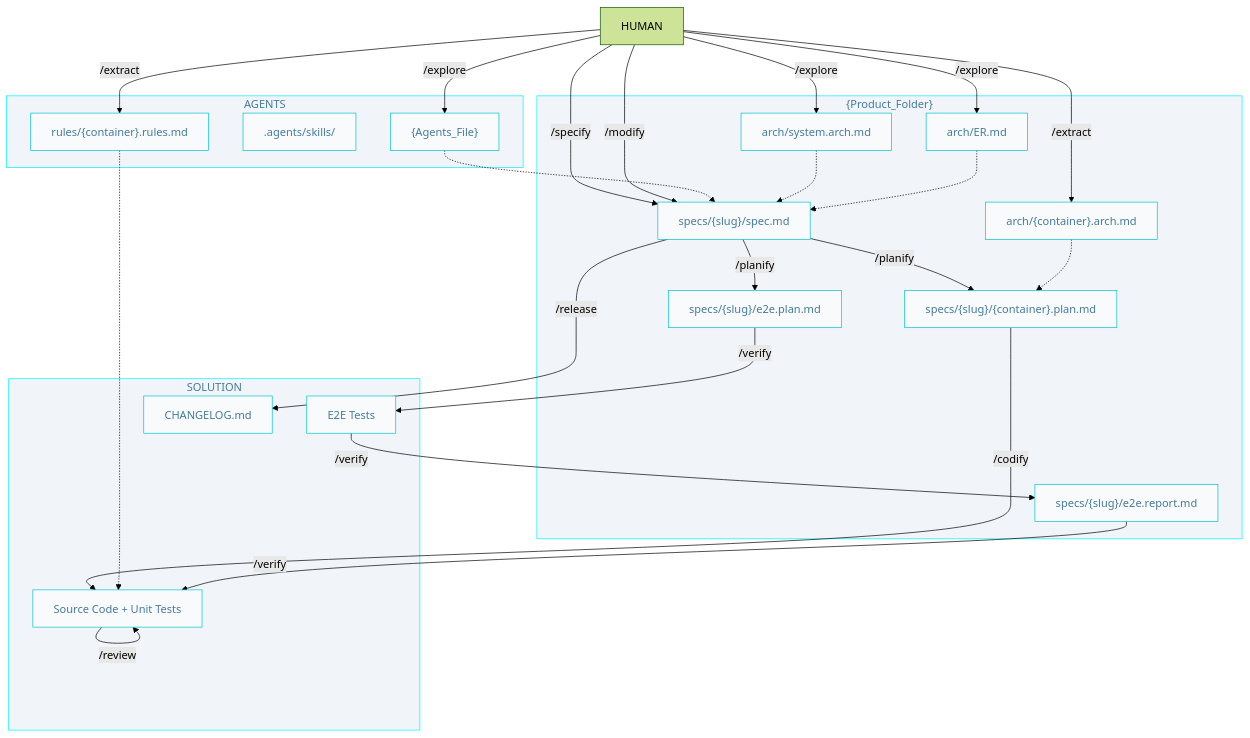
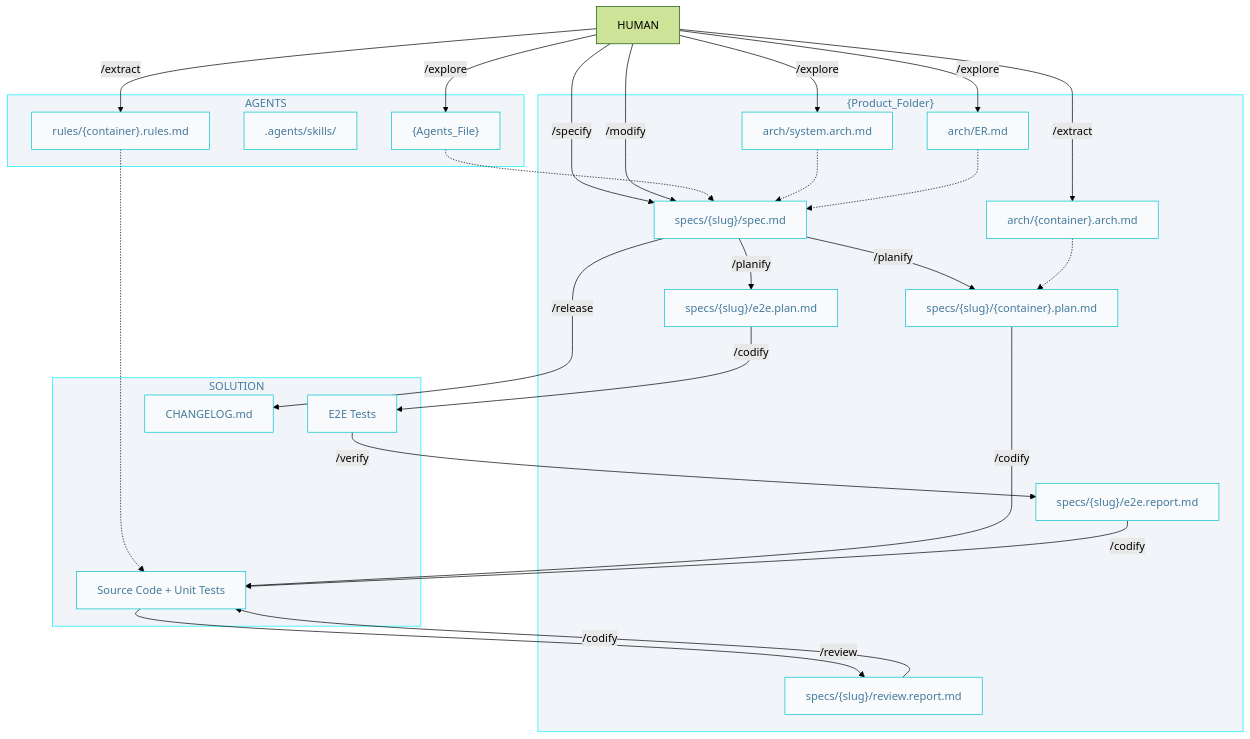
The diagram in docs/AIDD.workflow.md (AIDDbot/AIDDbot), drawn with Mermaid (forest theme) before and after one commit. The commit also changed other lines of this file and 17 other files, not shown here.

````diff
--- a/docs/AIDD.workflow.md
+++ b/docs/AIDD.workflow.md
@@ -3,53 +3,55 @@
 ```mermaid
 flowchart TD
   classDef nd fill:#f8fafc,stroke:#00c4cc,color:#457b9d
   classDef sg fill:#f1f5f9,stroke:#00f2ff,color:#457b9d 
 
   HUM[HUMAN]
 
   subgraph A["AGENTS"]
       AGT["{Agents_File}"]:::nd
       SKL[".agents/skills/"]:::nd
       RUL["rules/{container}.rules.md"]:::nd
   end  
 
   subgraph P["{Product_Folder}"]
       ARC["arch/system.arch.md"]:::nd
       ERD["arch/ER.md"]:::nd
       CAR["arch/{container}.arch.md"]:::nd
       SPC["specs/{slug}/spec.md"]:::nd
       PLN["specs/{slug}/{container}.plan.md"]:::nd
       EPL["specs/{slug}/e2e.plan.md"]:::nd
       RPT["specs/{slug}/e2e.report.md"]:::nd
+      RVR["specs/{slug}/review.report.md"]:::nd
   end
 
   subgraph S["SOLUTION"]
       COD["Source Code + Unit Tests"]:::nd
       E2E["E2E Tests"]:::nd
       CHL["CHANGELOG.md"]:::nd
   end
 
   HUM -->|/explore| AGT
   HUM -->|/explore| ARC
   HUM -->|/explore| ERD
   HUM -->|/extract| CAR
   HUM -->|/extract| RUL
   HUM -->|/specify| SPC
   HUM -->|/modify| SPC
   AGT -.-> SPC
   ARC -.-> SPC
   ERD -.-> SPC
   SPC -->|/planify| PLN
   SPC -->|/planify| EPL
   CAR -.-> PLN
 
   PLN -->|/codify| COD
   RUL -.-> COD
-  EPL -->|/verify| E2E
+  EPL -->|/codify| E2E
   E2E -->|/verify| RPT
-  RPT -->|/verify| COD
-  COD -->|/review| COD
+  RPT -->|/codify| COD
+  COD -->|/review| RVR
+  RVR -->|/codify| COD
   SPC -->|/release| CHL
 
   class P,A,S sg
 ```
````
